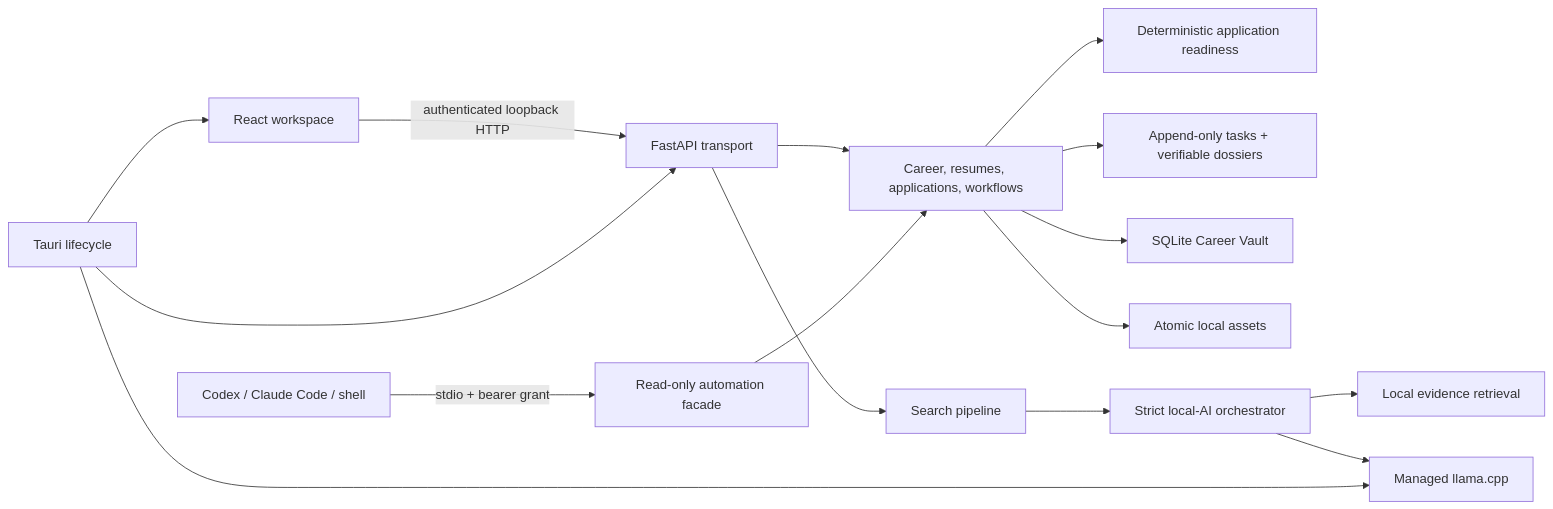
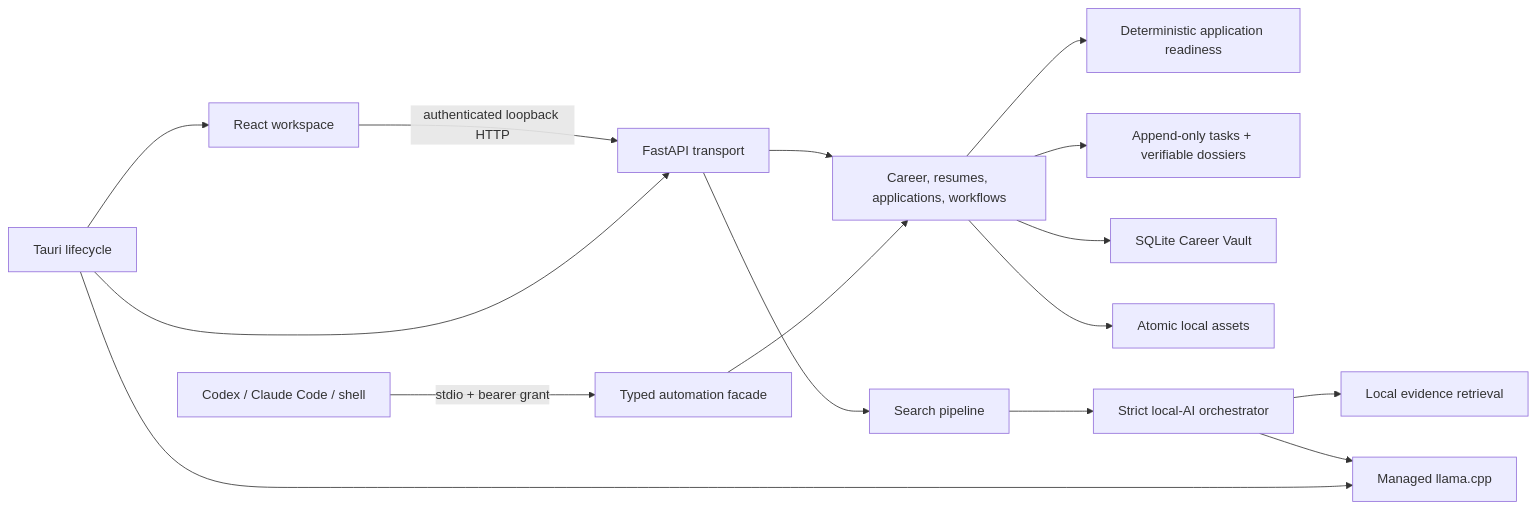
One commit to ejupi-djenis30/careeros-local changed the diagram in docs/architecture.md. Above: the diagram before and after it, drawn with Mermaid. The commit also changed other lines of this file and 93 other files, not shown here.

````diff
--- a/docs/architecture.md
+++ b/docs/architecture.md
@@ -6,18 +6,18 @@
 ```mermaid
 flowchart LR
   UI["React workspace"] -->|"authenticated loopback HTTP"| API["FastAPI transport"]
   API --> DOMAIN["Career, resumes, applications, workflows"]
   DOMAIN --> READY["Deterministic application readiness"]
   DOMAIN --> DOSSIER["Append-only tasks + verifiable dossiers"]
   DOMAIN --> DB["SQLite Career Vault"]
   DOMAIN --> FILES["Atomic local assets"]
-  CLIENT["Codex / Claude Code / shell"] -->|"stdio + bearer grant"| AUTOMATION["Read-only automation facade"]
+  CLIENT["Codex / Claude Code / shell"] -->|"stdio + bearer grant"| AUTOMATION["Typed automation facade"]
   AUTOMATION --> DOMAIN
   API --> SEARCH["Search pipeline"]
   SEARCH --> AI["Strict local-AI orchestrator"]
   AI --> RETRIEVAL["Local evidence retrieval"]
   AI --> RUNTIME["Managed llama.cpp"]
   SHELL["Tauri lifecycle"] --> UI
   SHELL --> API
   SHELL --> RUNTIME
 ```
````
